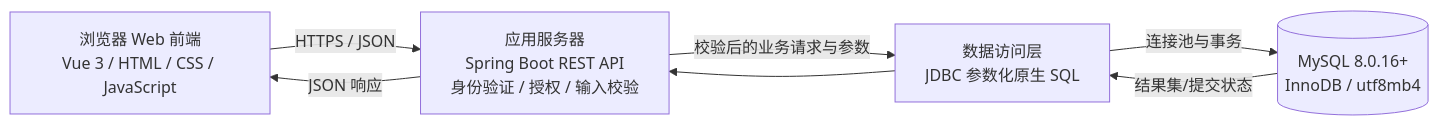
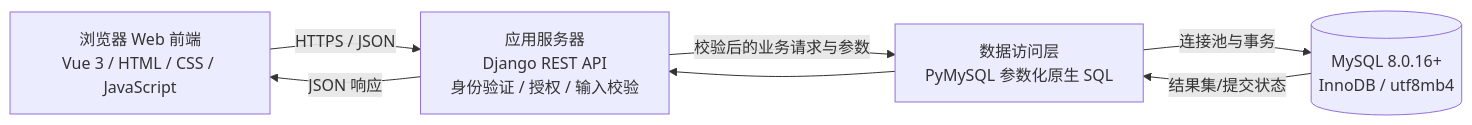
One commit to ocean-2514/database changed the fifth of 5 diagrams in docs/子任务1-3_需求与数据库设计.md. Above: the diagram before and after it, drawn with Mermaid. The commit also changed other lines of this file and 126 other files, not shown here.

````diff
--- a/docs/子任务1-3_需求与数据库设计.md
+++ b/docs/子任务1-3_需求与数据库设计.md
@@ -340,13 +340,13 @@
 ```mermaid
 flowchart LR
     B[浏览器 Web 前端<br/>Vue 3 / HTML / CSS / JavaScript]
-    A[应用服务器<br/>Spring Boot REST API<br/>身份验证 / 授权 / 输入校验]
-    SQL[数据访问层<br/>JDBC 参数化原生 SQL]
+    A[应用服务器<br/>Django REST API<br/>身份验证 / 授权 / 输入校验]
+    SQL[数据访问层<br/>PyMySQL 参数化原生 SQL]
     DB[(MySQL 8.0.16+<br/>InnoDB / utf8mb4)]
     B -->|HTTPS / JSON| A
     A -->|校验后的业务请求与参数| SQL
     SQL -->|连接池与事务| DB
     DB -->|结果集/提交状态| SQL
     SQL --> A
     A -->|JSON 响应| B
 ```
````
